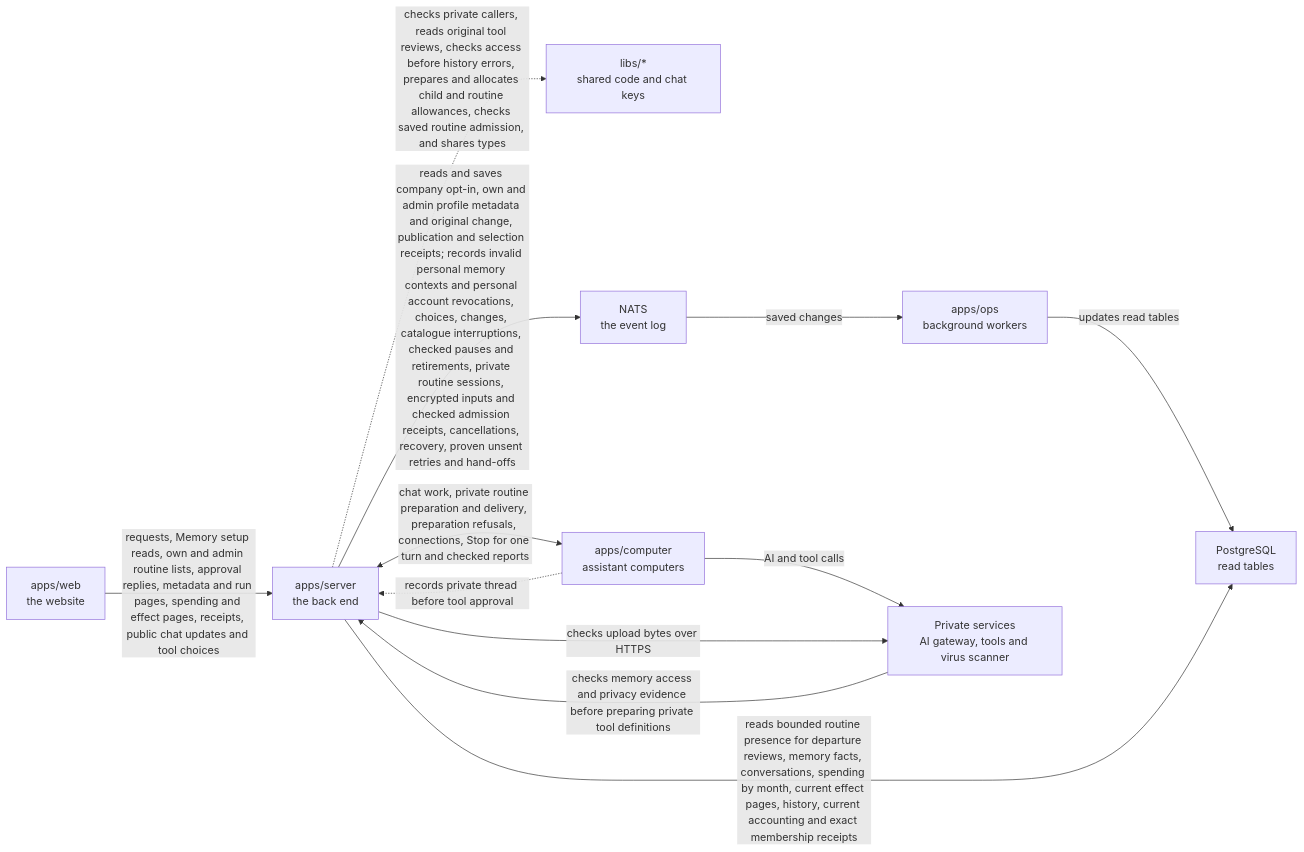
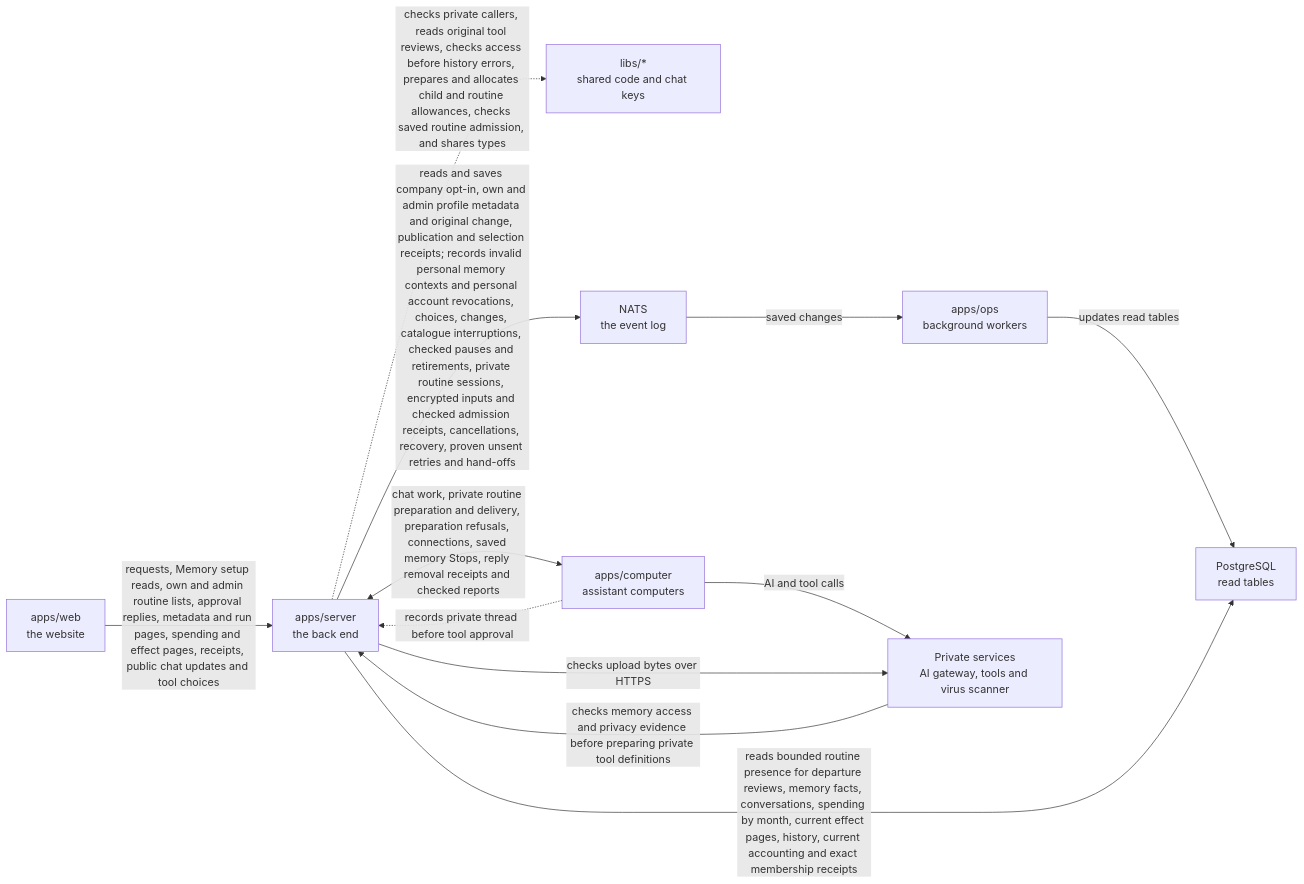
The diagram in apps/server/README.md (elewa-git/opencrane-new), drawn with Mermaid before and after one commit. The commit also changed other lines of this file and 12 other files, not shown here.

First line of the commit message:
🧠 Saved memory invalidations reach the live computer and clear private replies even after the turn completes (#783)

````diff
--- a/apps/server/README.md
+++ b/apps/server/README.md
@@ -110,14 +114,14 @@
 ```mermaid
 flowchart LR
   web["apps/web<br/>the website"] -->|requests, Memory setup reads, own and admin routine lists, approval replies, metadata and run pages, spending and effect pages, receipts, public chat updates and tool choices| server["apps/server<br/>the back end"]
   server -.->|checks private callers, reads original tool reviews, checks access before history errors, prepares and allocates child and routine allowances, checks saved routine admission, and shares types| libs["libs/*<br/>shared code and chat keys"]
   server -->|reads and saves company opt-in, own and admin profile metadata and original change, publication and selection receipts; records invalid personal memory contexts and personal account revocations, choices, changes, catalogue interruptions, checked pauses and retirements, private routine sessions, encrypted inputs and checked admission receipts, cancellations, recovery, proven unsent retries and hand-offs| nats["NATS<br/>the event log"]
   nats -->|saved changes| ops["apps/ops<br/>background workers"]
   ops -->|updates read tables| postgres["PostgreSQL<br/>read tables"]
   server -->|reads bounded routine presence for departure reviews, memory facts, conversations, spending by month, current effect pages, history, current accounting and exact membership receipts| postgres
-  server <-->|chat work, private routine preparation and delivery, preparation refusals, connections, Stop for one turn and checked reports| computer["apps/computer<br/>assistant computers"]
+  server <-->|chat work, private routine preparation and delivery, preparation refusals, connections, saved memory Stops, reply removal receipts and checked reports| computer["apps/computer<br/>assistant computers"]
   computer -.->|records private thread before tool approval| server
   computer -->|AI and tool calls| runtime["Private services<br/>AI gateway, tools and virus scanner"]
   server -->|checks upload bytes over HTTPS| runtime
   runtime -->|checks memory access and privacy evidence before preparing private tool definitions| server
 ```
````
